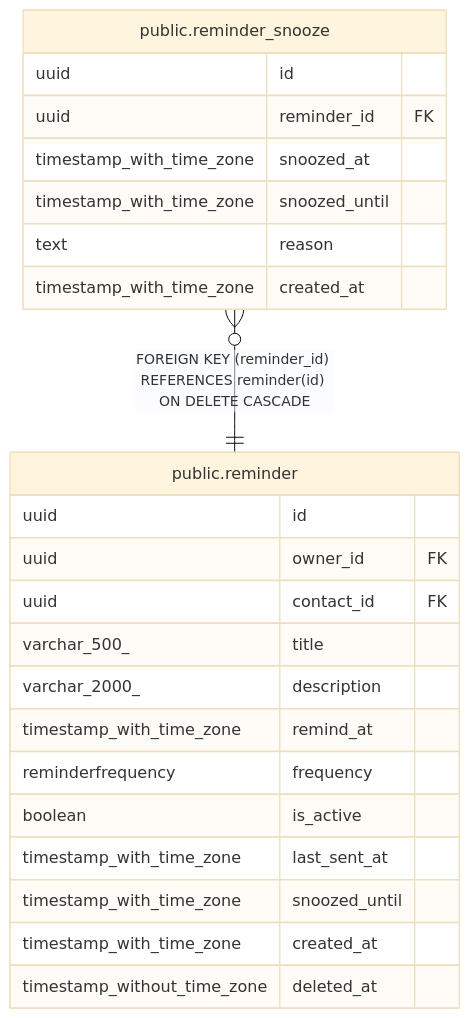
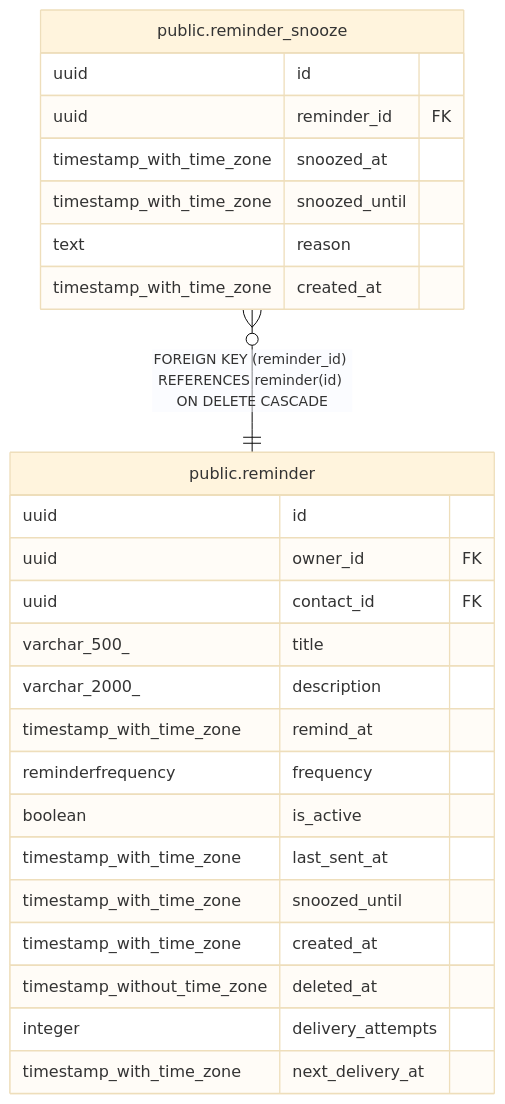
The diagram in docs/db/public.reminder_snooze.md (pike00/Kindred), drawn with Mermaid (base theme) before and after one commit. The commit also changed 1036 other files, not shown here.

````diff
--- a/docs/db/public.reminder_snooze.md
+++ b/docs/db/public.reminder_snooze.md
@@ -36,28 +36,30 @@
 ```mermaid
 erDiagram
 
 "public.reminder_snooze" }o--|| "public.reminder" : "FOREIGN KEY (reminder_id) REFERENCES reminder(id) ON DELETE CASCADE"
 
 "public.reminder_snooze" {
   uuid id
   uuid reminder_id FK
   timestamp_with_time_zone snoozed_at
   timestamp_with_time_zone snoozed_until
   text reason
   timestamp_with_time_zone created_at
 }
 "public.reminder" {
   uuid id
   uuid owner_id FK
   uuid contact_id FK
   varchar_500_ title
   varchar_2000_ description
   timestamp_with_time_zone remind_at
   reminderfrequency frequency
   boolean is_active
   timestamp_with_time_zone last_sent_at
   timestamp_with_time_zone snoozed_until
   timestamp_with_time_zone created_at
   timestamp_without_time_zone deleted_at
+  integer delivery_attempts
+  timestamp_with_time_zone next_delivery_at
 }
 ```
````
